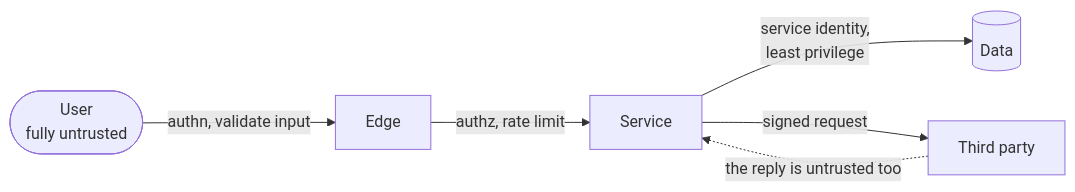
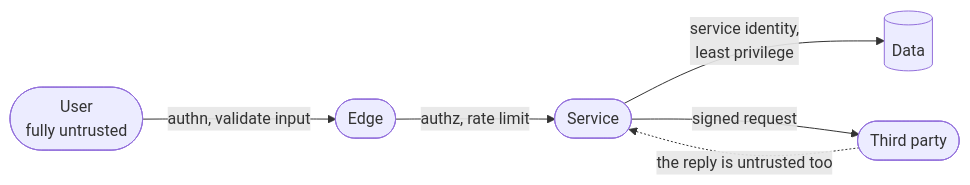
One commit to Laticent/lattice changed diagram 15 of 19 in examples/system-design-foundations.md. Above: the diagram before and after it, drawn with Mermaid. The commit also changed other lines of this file and 1 other file, not shown here.

First line of the commit message:
deck(examples): act on the re-score, and finish the diagram conversion

````diff
--- a/examples/system-design-foundations.md
+++ b/examples/system-design-foundations.md
@@ -1947,8 +1947,8 @@
 ```mermaid
 flowchart LR
-  U(["User<br/>fully untrusted"]) -->|"authn, validate input"| E["Edge"]
-  E -->|"authz, rate limit"| S["Service"]
+  U(["User<br/>fully untrusted"]) -->|"authn, validate input"| E(["Edge"])
+  E -->|"authz, rate limit"| S(["Service"])
   S -->|"service identity,<br/>least privilege"| D[("Data")]
-  S -->|"signed request"| T["Third party"]
+  S -->|"signed request"| T(["Third party"])
   T -.->|"the reply is untrusted too"| S
 ```
````
